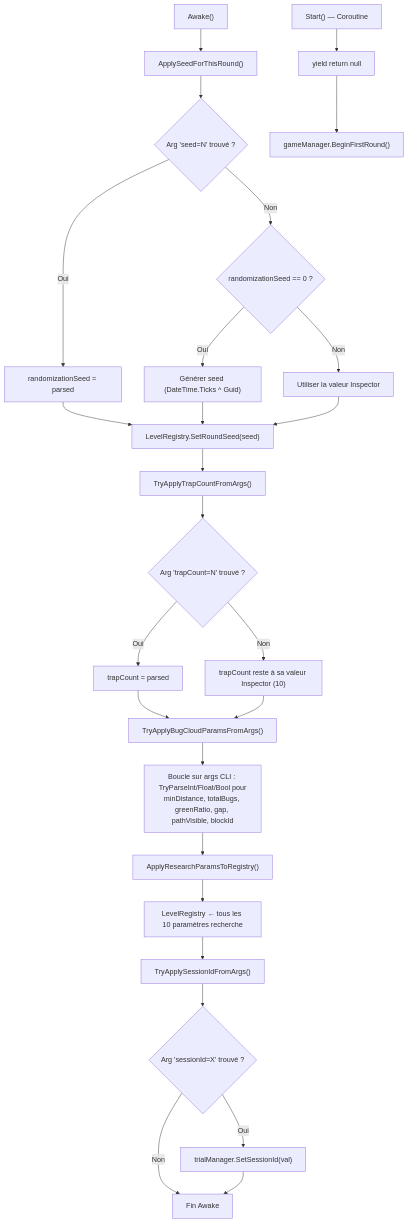
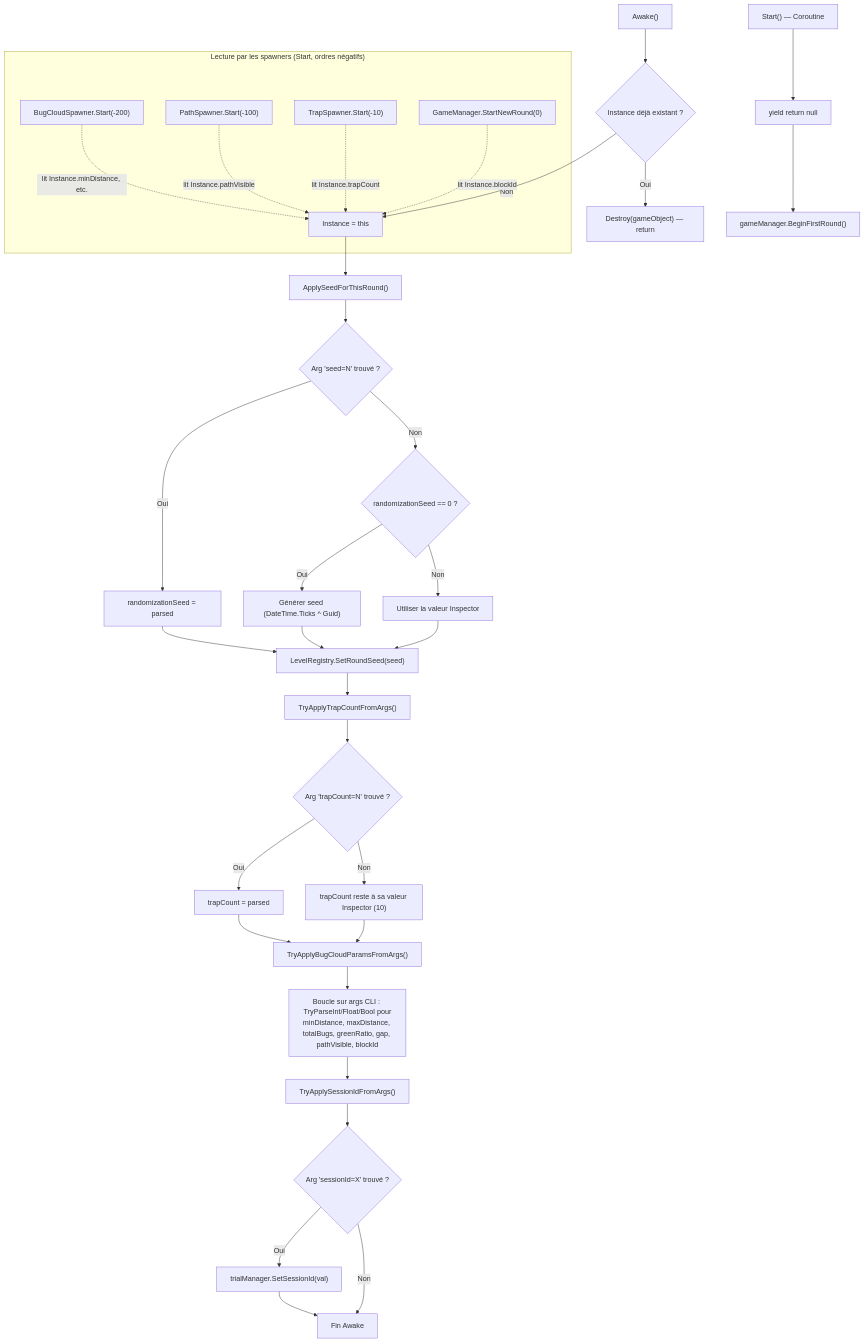
Before and after one commit to PierreChagnon/BUGS: the eighth of 13 diagrams in Docs/TDD.md, drawn with Mermaid. The commit also changed other lines of this file, not shown here.

Commit message:
TDD update : new SessionManager pipeline (research parameters)

````diff
--- a/Docs/TDD.md
+++ b/Docs/TDD.md
@@ -1039,33 +1023,40 @@
 ```mermaid
 graph TD
-    A["Awake()"] --> B["ApplySeedForThisRound()"]
+    A["Awake()"] --> A0{"Instance déjà existant ?"}
+    A0 -->|Oui| A1["Destroy(gameObject) — return"]
+    A0 -->|Non| A2["Instance = this"]
+    A2 --> B["ApplySeedForThisRound()"]
     B --> B1{Arg 'seed=N' trouvé ?}
     B1 -->|Oui| B2["randomizationSeed = parsed"]
     B1 -->|Non| B3{randomizationSeed == 0 ?}
     B3 -->|Oui| B4["Générer seed (DateTime.Ticks ^ Guid)"]
     B3 -->|Non| B5["Utiliser la valeur Inspector"]
     B2 --> B6["LevelRegistry.SetRoundSeed(seed)"]
     B4 --> B6
     B5 --> B6
 
     B6 --> C["TryApplyTrapCountFromArgs()"]
     C --> C1{Arg 'trapCount=N' trouvé ?}
     C1 -->|Oui| C2["trapCount = parsed"]
     C1 -->|Non| C3["trapCount reste à sa valeur Inspector (10)"]
 
     C2 --> D0["TryApplyBugCloudParamsFromArgs()"]
     C3 --> D0
-    D0 --> D1["Boucle sur args CLI : TryParseInt/Float/Bool pour<br/>minDistance, totalBugs, greenRatio, gap, pathVisible, blockId"]
+    D0 --> D1["Boucle sur args CLI : TryParseInt/Float/Bool pour<br/>minDistance, maxDistance, totalBugs, greenRatio, gap, pathVisible, blockId"]
 
-    D1 --> D["ApplyResearchParamsToRegistry()"]
-    D --> D2["LevelRegistry ← tous les 10 paramètres recherche"]
-
-    D2 --> E["TryApplySessionIdFromArgs()"]
+    D1 --> E["TryApplySessionIdFromArgs()"]
     E --> E1{Arg 'sessionId=X' trouvé ?}
     E1 -->|Oui| E2["trialManager.SetSessionId(val)"]
     E1 -->|Non| F["Fin Awake"]
     E2 --> F
 
     G["Start() — Coroutine"] --> H["yield return null"]
     H --> I["gameManager.BeginFirstRound()"]
+
+    subgraph "Lecture par les spawners (Start, ordres négatifs)"
+        S1["BugCloudSpawner.Start(-200)"] -.->|"lit Instance.minDistance, etc."| A2
+        S2["PathSpawner.Start(-100)"] -.->|"lit Instance.pathVisible"| A2
+        S3["TrapSpawner.Start(-10)"] -.->|"lit Instance.trapCount"| A2
+        S4["GameManager.StartNewRound(0)"] -.->|"lit Instance.blockId"| A2
+    end
 ```
````
